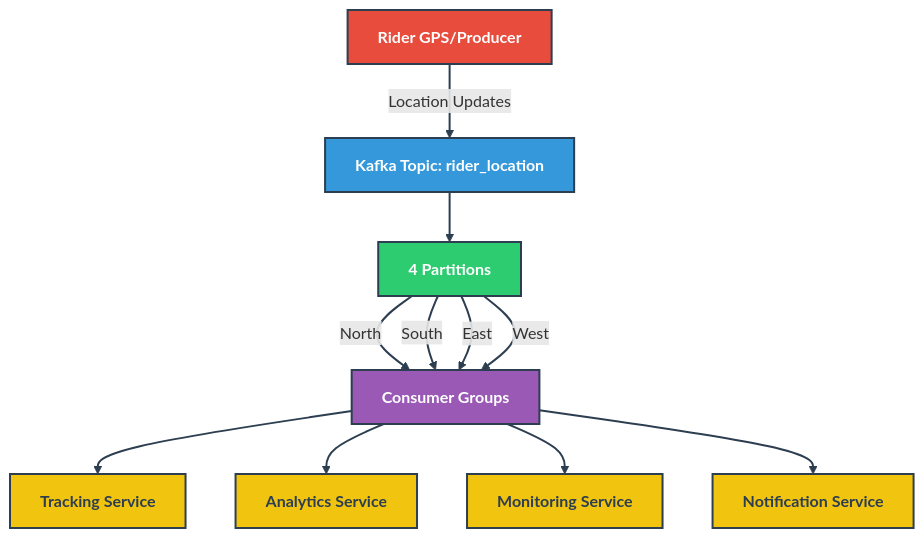
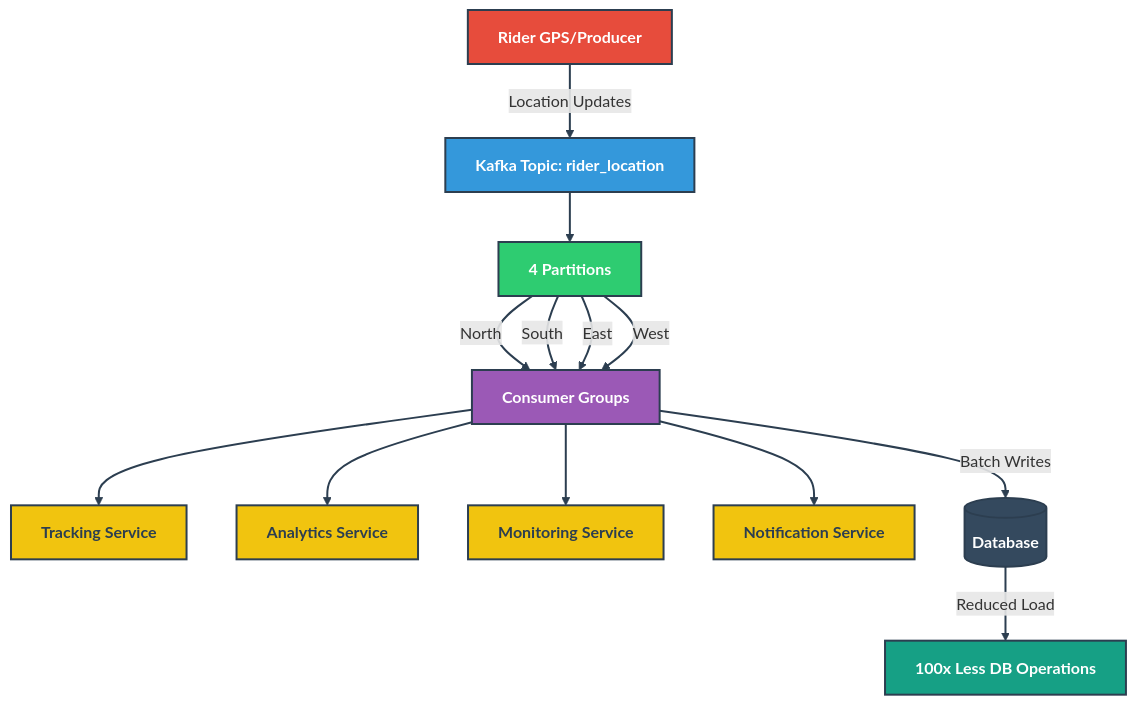
The diagram in README.md (krrishanaggarwal/kafka-understanding), drawn with Mermaid before and after one commit. The commit also changed other lines of this file, not shown here.

Commit message:
Enhance README with additional components in system architecture diagram, including batch writes to the database and reduced load metrics for improved clarity.

````diff
--- a/README.md
+++ b/README.md
@@ -7,24 +8,29 @@
 ```mermaid
 graph TD
     A[Rider GPS/Producer] -->|Location Updates| B[Kafka Topic: rider_location]
     B --> C[4 Partitions]
     C -->|North| D[Consumer Groups]
     C -->|South| D
     C -->|East| D
     C -->|West| D
     D --> E[Tracking Service]
     D --> F[Analytics Service]
     D --> G[Monitoring Service]
     D --> H[Notification Service]
     
+    D -->|Batch Writes| I[(Database)]
+    I -->|Reduced Load| J[100x Less DB Operations]
+    
     style A fill:#e74c3c,stroke:#2c3e50,stroke-width:2px,color:#fff,font-weight:bold
     style B fill:#3498db,stroke:#2c3e50,stroke-width:2px,color:#fff,font-weight:bold
     style C fill:#2ecc71,stroke:#2c3e50,stroke-width:2px,color:#fff,font-weight:bold
     style D fill:#9b59b6,stroke:#2c3e50,stroke-width:2px,color:#fff,font-weight:bold
     style E fill:#f1c40f,stroke:#2c3e50,stroke-width:2px,color:#2c3e50,font-weight:bold
     style F fill:#f1c40f,stroke:#2c3e50,stroke-width:2px,color:#2c3e50,font-weight:bold
     style G fill:#f1c40f,stroke:#2c3e50,stroke-width:2px,color:#2c3e50,font-weight:bold
     style H fill:#f1c40f,stroke:#2c3e50,stroke-width:2px,color:#2c3e50,font-weight:bold
+    style I fill:#34495e,stroke:#2c3e50,stroke-width:2px,color:#fff,font-weight:bold
+    style J fill:#16a085,stroke:#2c3e50,stroke-width:2px,color:#fff,font-weight:bold
     
     linkStyle default stroke:#2c3e50,stroke-width:2px
 ```
````
